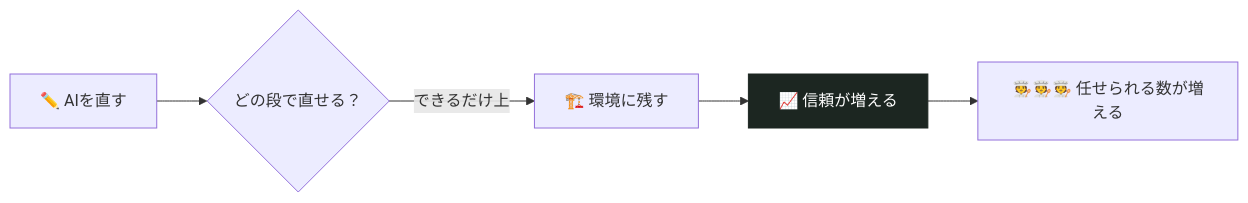
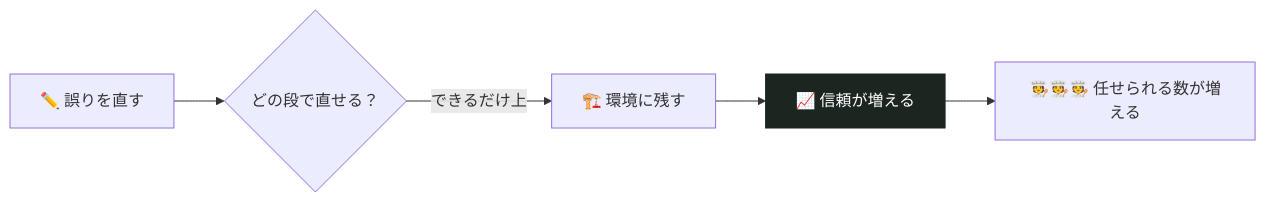
One commit to souljazzfunk/zenn-content changed diagram 13 of 13 in articles/20260923-ai-kitchen-trust-ladder.md. Above: the diagram before and after it, drawn with Mermaid. The commit also changed other lines of this file, not shown here.

````diff
--- a/articles/20260923-ai-kitchen-trust-ladder.md
+++ b/articles/20260923-ai-kitchen-trust-ladder.md
@@ -388,9 +388,9 @@
 ```mermaid
 flowchart LR
-    Fix["✏️ AIを直す"] --> Ask{"どの段で直せる？"}
+    Fix["✏️ 誤りを直す"] --> Ask{"どの段で直せる？"}
     Ask -->|"できるだけ上"| Env["🏗️ 環境に残す"]
     Env --> Trust["📈 信頼が増える"]
     Trust --> More["🧑‍🍳🧑‍🍳🧑‍🍳 任せられる数が増える"]
     classDef key fill:#1c2621,stroke:#1c2621,color:#ffffff
     class Trust key
 ```
````
